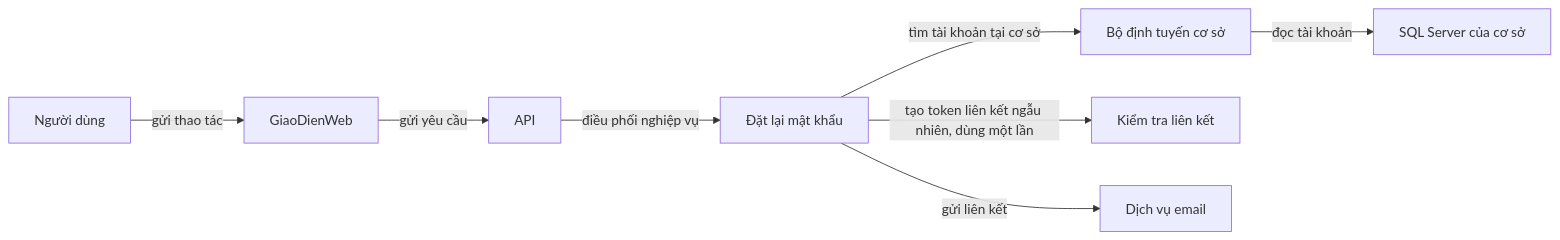
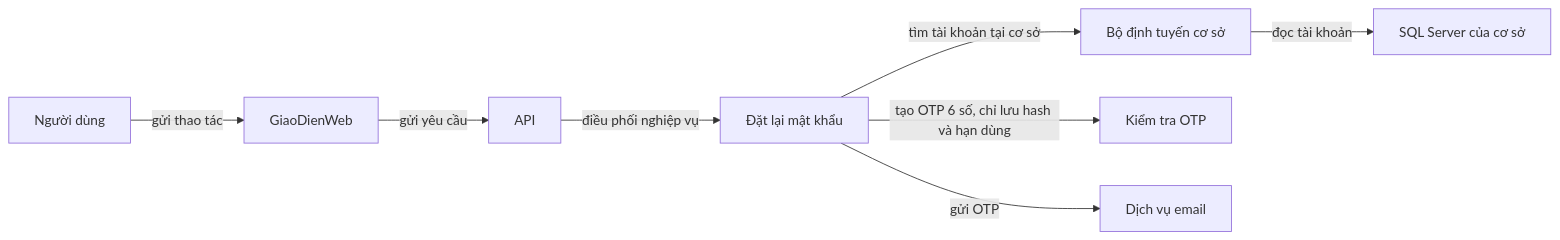
One commit to Quochieu2005/language-center-management changed diagram 16 of 23 in README.md. Above: the diagram before and after it, drawn with Mermaid. The commit also changed other lines of this file and 17 other files, not shown here.

````diff
--- a/README.md
+++ b/README.md
@@ -468,10 +472,10 @@
 ```mermaid
 flowchart LR
     NguoiDung["Người dùng"] -->|gửi thao tác| GiaoDienWeb["GiaoDienWeb"]
     GiaoDienWeb["GiaoDienWeb"] -->|gửi yêu cầu| API["API"]
     API["API"] -->|điều phối nghiệp vụ| DatLaiMatKhau["Đặt lại mật khẩu"]
     DatLaiMatKhau["Đặt lại mật khẩu"] -->|tìm tài khoản tại cơ sở| SiteRouter["Bộ định tuyến cơ sở"]
     SiteRouter["Bộ định tuyến cơ sở"] -->|đọc tài khoản| SQLServer_CSDL_Site["SQL Server của cơ sở"]
-    DatLaiMatKhau["Đặt lại mật khẩu"] -->|tạo token liên kết ngẫu nhiên, dùng một lần| KiemTraLienKet["Kiểm tra liên kết"]
-    DatLaiMatKhau["Đặt lại mật khẩu"] -->|gửi liên kết| DichVuEmail["Dịch vụ email"]
+    DatLaiMatKhau["Đặt lại mật khẩu"] -->|tạo OTP 6 số, chỉ lưu hash và hạn dùng| KiemTraOtp["Kiểm tra OTP"]
+    DatLaiMatKhau["Đặt lại mật khẩu"] -->|gửi OTP| DichVuEmail["Dịch vụ email"]
 ```
````
